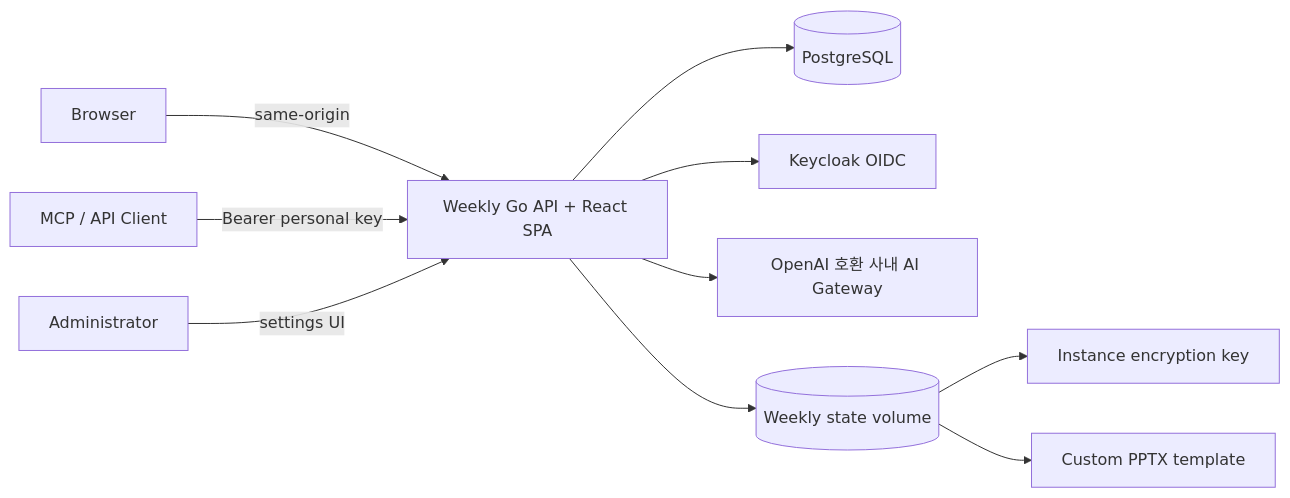
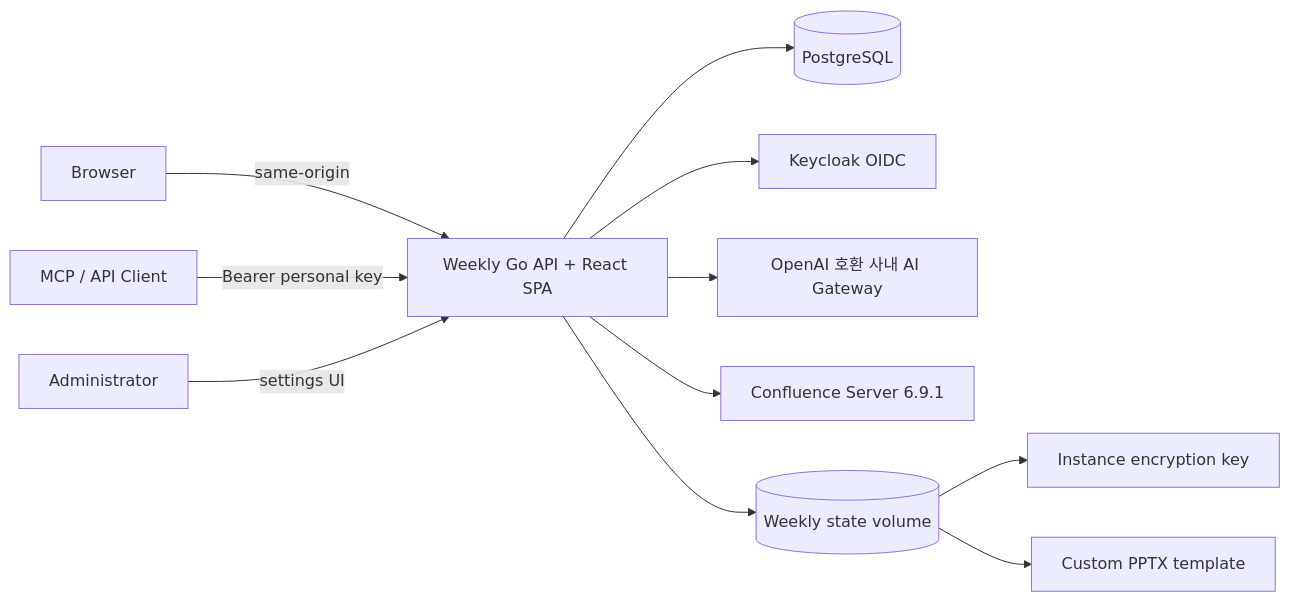
The second of 5 diagrams in docs/DESIGN.md (hkjang/weekly), drawn with Mermaid before and after one commit. The commit also changed other lines of this file and 33 other files, not shown here.

````diff
--- a/docs/DESIGN.md
+++ b/docs/DESIGN.md
@@ -42,12 +42,13 @@
 ```mermaid
 flowchart LR
   B[Browser] -->|same-origin| W[Weekly Go API + React SPA]
   W --> P[(PostgreSQL)]
   W --> K[Keycloak OIDC]
   W --> AI[OpenAI 호환 사내 AI Gateway]
+  W --> CF[Confluence Server 6.9.1]
   C[MCP / API Client] -->|Bearer personal key| W
   A[Administrator] -->|settings UI| W
   W --> V[(Weekly state volume)]
   V --> S[Instance encryption key]
   V --> T[Custom PPTX template]
 ```
````
